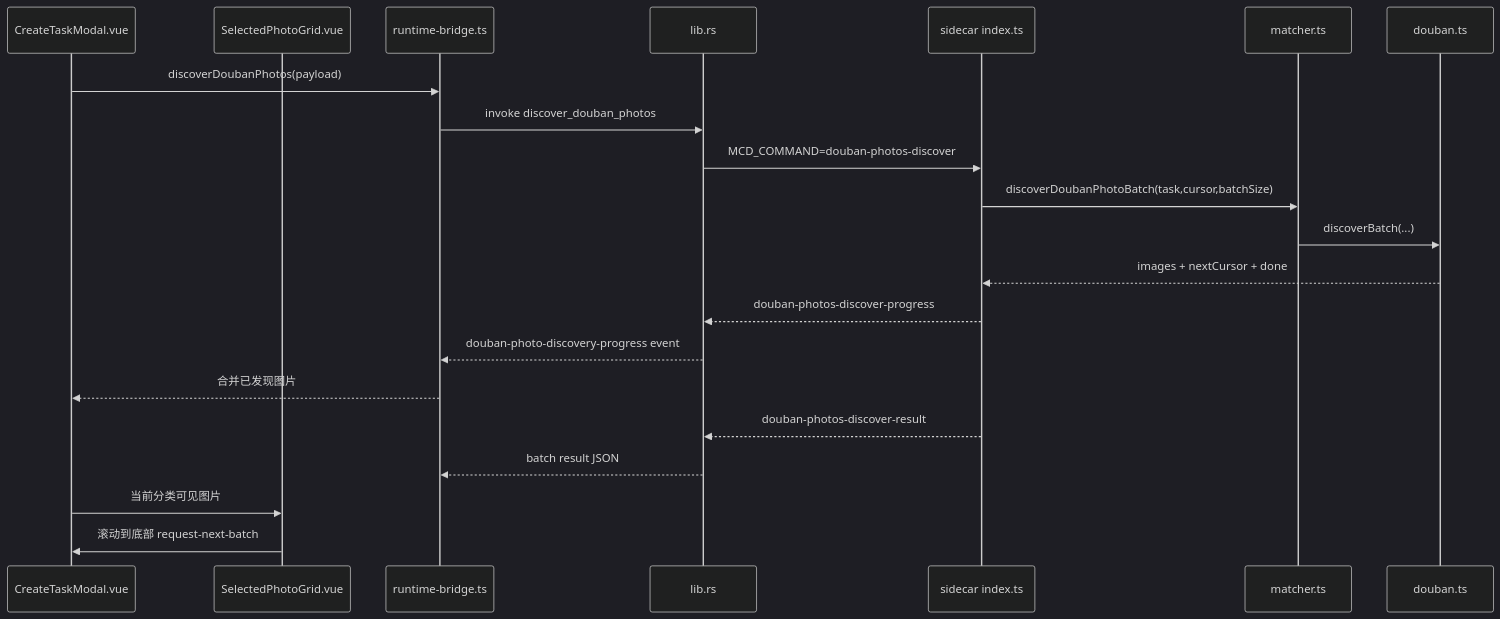
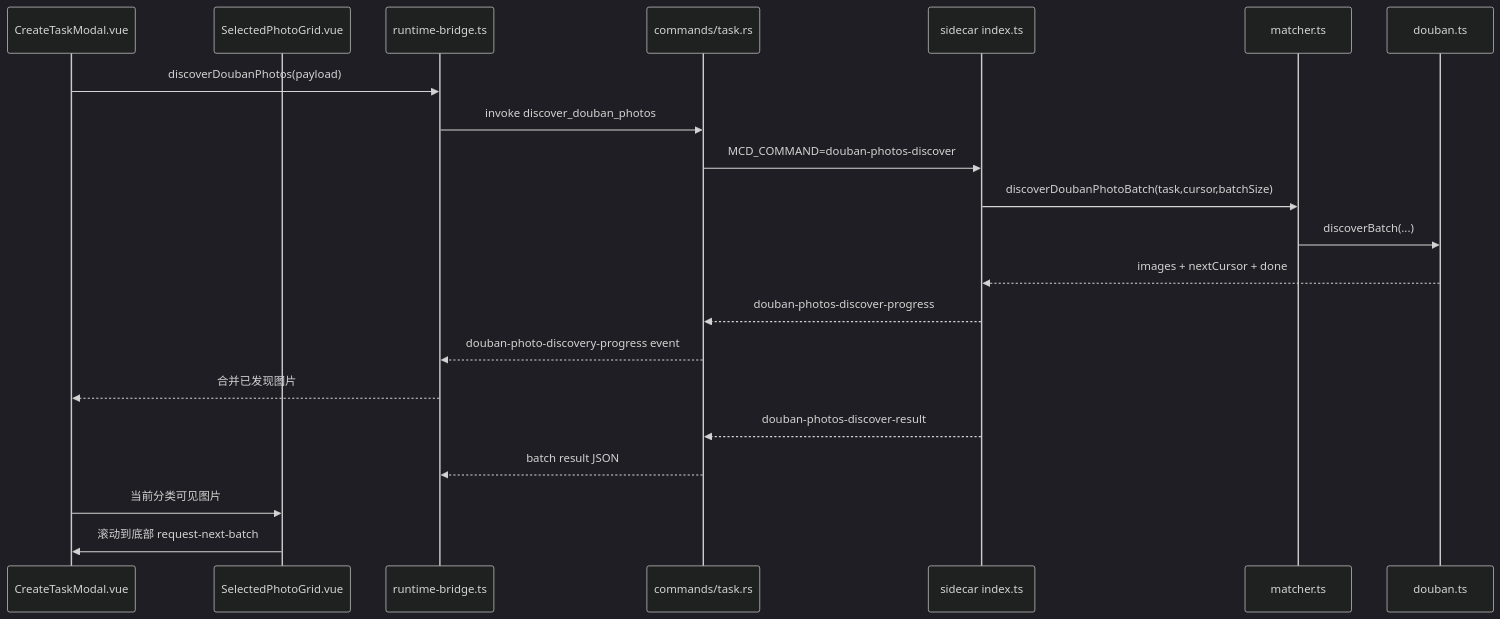
One commit to vdbvxcbcb/movie-cover-downloader changed the third of 9 diagrams in docs/ai-context/runtime-flows.md. Above: the diagram before and after it, drawn with Mermaid (dark theme). The commit also changed other lines of this file and 7 other files, not shown here.

````diff
--- a/docs/ai-context/runtime-flows.md
+++ b/docs/ai-context/runtime-flows.md
@@ -102,24 +118,24 @@
 ```mermaid
 sequenceDiagram
   participant Modal as CreateTaskModal.vue
   participant Grid as SelectedPhotoGrid.vue
   participant Bridge as runtime-bridge.ts
-  participant Tauri as lib.rs
+  participant Tauri as commands/task.rs
   participant Sidecar as sidecar index.ts
   participant Matcher as matcher.ts
   participant DoubanAdapter as douban.ts
 
   Modal->>Bridge: discoverDoubanPhotos(payload)
   Bridge->>Tauri: invoke discover_douban_photos
   Tauri->>Sidecar: MCD_COMMAND=douban-photos-discover
   Sidecar->>Matcher: discoverDoubanPhotoBatch(task,cursor,batchSize)
   Matcher->>DoubanAdapter: discoverBatch(...)
   DoubanAdapter-->>Sidecar: images + nextCursor + done
   Sidecar-->>Tauri: douban-photos-discover-progress
   Tauri-->>Bridge: douban-photo-discovery-progress event
   Bridge-->>Modal: 合并已发现图片
   Sidecar-->>Tauri: douban-photos-discover-result
   Tauri-->>Bridge: batch result JSON
   Modal->>Grid: 当前分类可见图片
   Grid->>Modal: 滚动到底部 request-next-batch
 ```
````
